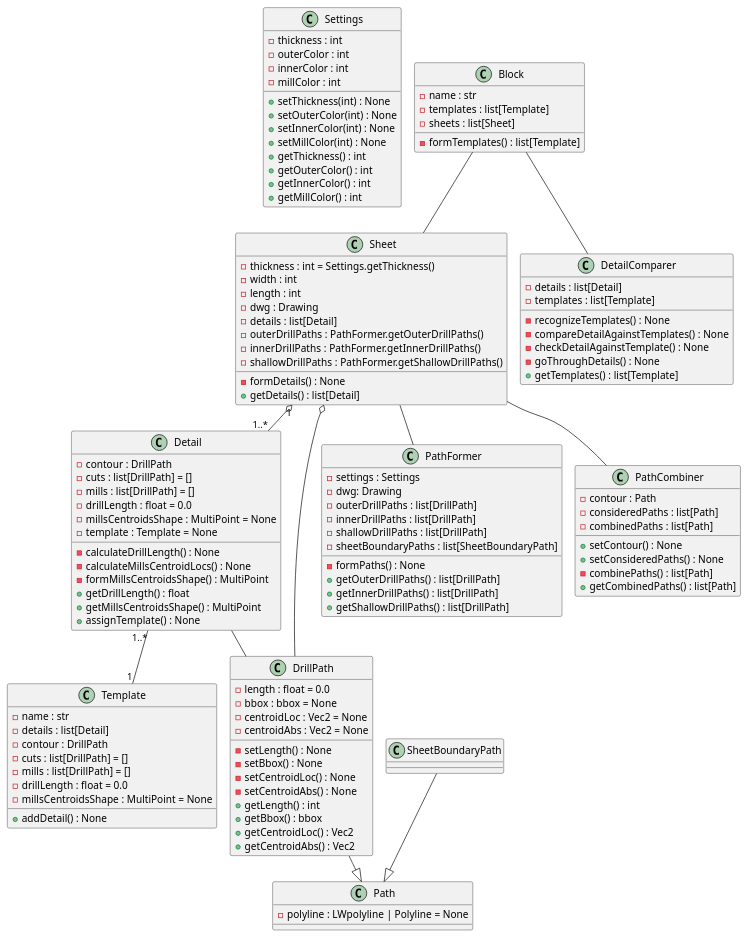
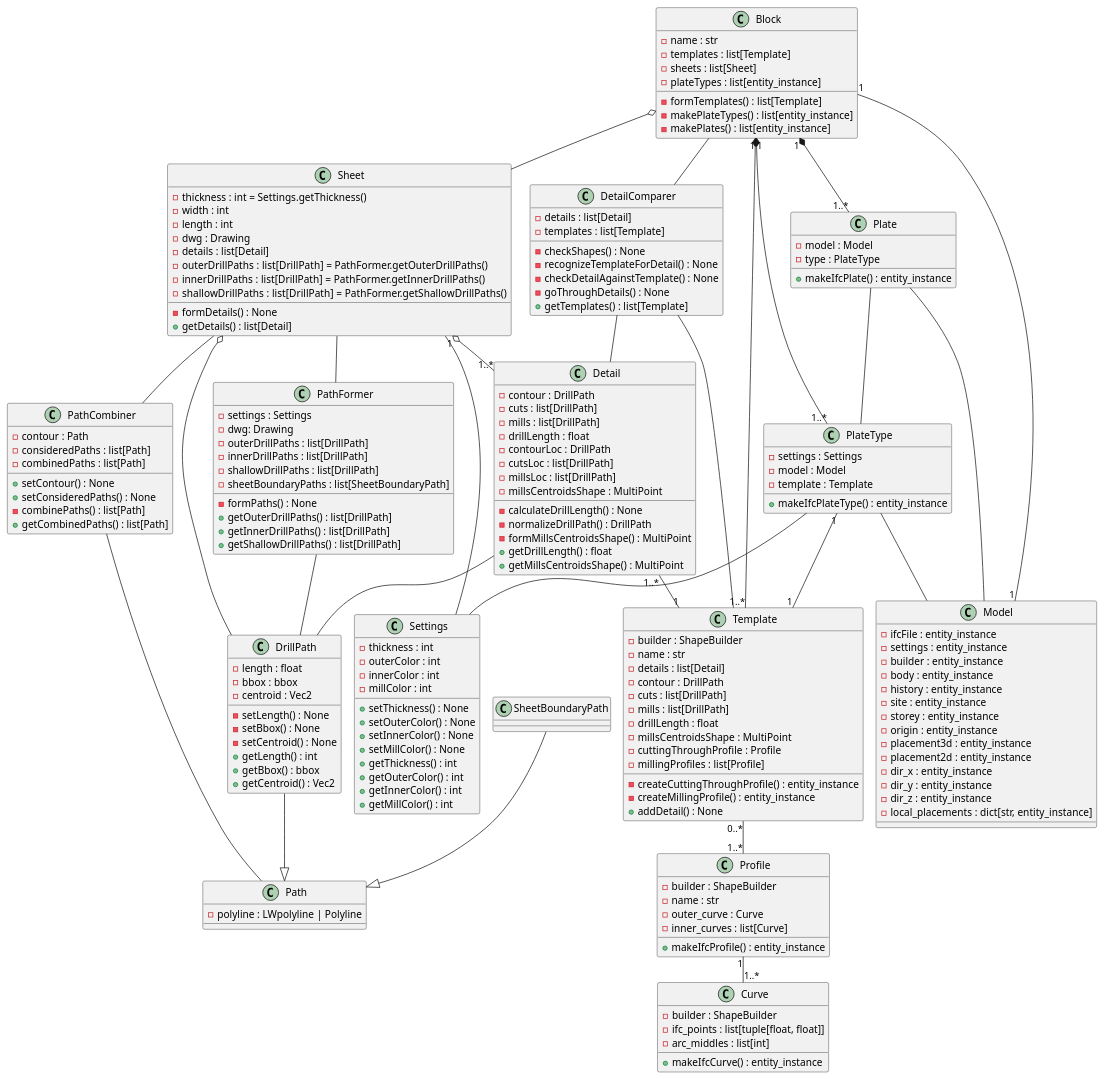
Before and after one commit to VDobranov/DXF2IFC2D: the diagram in schemes/Classes.wsd, drawn with PlantUML. The commit also changed 8 other files, not shown here.

```diff
--- a/schemes/Classes.wsd
+++ b/schemes/Classes.wsd
@@ -7,20 +7,41 @@
     -outerColor : int
     -innerColor : int
     -millColor : int
-    +setThickness(int) : None
-    +setOuterColor(int) : None
-    +setInnerColor(int) : None
-    +setMillColor(int) : None
+    +setThickness() : None
+    +setOuterColor() : None
+    +setInnerColor() : None
+    +setMillColor() : None
     +getThickness() : int
     +getOuterColor() : int
     +getInnerColor() : int
     +getMillColor() : int
 }
+
+class Model {
+    -ifcFile : entity_instance
+    -settings : entity_instance
+    -builder : entity_instance
+    -body : entity_instance
+    -history : entity_instance
+    -site : entity_instance
+    -storey : entity_instance
+    -origin : entity_instance
+    -placement3d : entity_instance
+    -placement2d : entity_instance
+    -dir_x : entity_instance
+    -dir_y : entity_instance
+    -dir_z : entity_instance
+    -local_placements : dict[str, entity_instance]
+}
+
 class Block {
     -name : str
     -templates : list[Template]
     -sheets : list[Sheet]
+    -plateTypes : list[entity_instance]
     -formTemplates() : list[Template]
+    -makePlateTypes() : list[entity_instance]
+    -makePlates() : list[entity_instance]
 }
 class Sheet {
     {field}-thickness : int = Settings.getThickness()
@@ -28,52 +49,55 @@
     -length : int
     -dwg : Drawing
     -details : list[Detail]
-    {field}-outerDrillPaths : PathFormer.getOuterDrillPaths()
-    {field}-innerDrillPaths : PathFormer.getInnerDrillPaths()
-    {field}-shallowDrillPaths : PathFormer.getShallowDrillPaths()
+    {field}-outerDrillPaths : list[DrillPath] = PathFormer.getOuterDrillPaths()
+    {field}-innerDrillPaths : list[DrillPath] = PathFormer.getInnerDrillPaths()
+    {field}-shallowDrillPaths : list[DrillPath] = PathFormer.getShallowDrillPaths()
     -formDetails() : None
     +getDetails() : list[Detail]
 }
 class Detail {
     -contour : DrillPath
-    -cuts : list[DrillPath] = []
-    -mills : list[DrillPath] = []
-    -drillLength : float = 0.0
-    -millsCentroidsShape : MultiPoint = None
-    -template : Template = None
+    -cuts : list[DrillPath]
+    -mills : list[DrillPath]
+    -drillLength : float
+    -contourLoc : DrillPath
+    -cutsLoc : list[DrillPath]
+    -millsLoc : list[DrillPath]
+    -millsCentroidsShape : MultiPoint
     -calculateDrillLength() : None
-    -calculateMillsCentroidLocs() : None
+    -normalizeDrillPath() : DrillPath
     -formMillsCentroidsShape() : MultiPoint
     +getDrillLength() : float
     +getMillsCentroidsShape() : MultiPoint
-    +assignTemplate() : None
 }
 class Template {
+    -builder : ShapeBuilder
     -name : str
     -details : list[Detail]
     -contour : DrillPath
-    -cuts : list[DrillPath] = []
-    -mills : list[DrillPath] = []
-    -drillLength : float = 0.0
-    -millsCentroidsShape : MultiPoint = None
+    -cuts : list[DrillPath]
+    -mills : list[DrillPath]
+    -drillLength : float
+    -millsCentroidsShape : MultiPoint
+    -cuttingThroughProfile : Profile
+    -millingProfiles : list[Profile]
+    -createCuttingThroughProfile() : entity_instance
+    -createMillingProfile() : entity_instance
     +addDetail() : None
 }
 class Path {
-    -polyline : LWpolyline | Polyline = None
+    -polyline : LWpolyline | Polyline
 }
 class DrillPath {
-    -length : float = 0.0
-    -bbox : bbox = None
-    -centroidLoc : Vec2 = None
-    -centroidAbs : Vec2 = None
+    -length : float
+    -bbox : bbox
+    -centroid : Vec2
     -setLength() : None
     -setBbox() : None
-    -setCentroidLoc() : None
-    -setCentroidAbs() : None
+    -setCentroid() : None
     +getLength() : int
     +getBbox() : bbox
-    +getCentroidLoc() : Vec2
-    +getCentroidAbs() : Vec2
+    +getCentroid() : Vec2
 }
 
 class SheetBoundaryPath
@@ -112,11 +136,39 @@
 class DetailComparer {
     -details : list[Detail]
     -templates : list[Template]
-    -recognizeTemplates() : None
-    -compareDetailAgainstTemplates() : None
+    -checkShapes() : None
+    -recognizeTemplateForDetail() : None
     -checkDetailAgainstTemplate() : None
     -goThroughDetails() : None
     +getTemplates() : list[Template]
+}
+
+class Profile {
+    -builder : ShapeBuilder
+    -name : str
+    -outer_curve : Curve
+    -inner_curves : list[Curve]
+    +makeIfcProfile() : entity_instance
+}
+
+class Curve {
+    -builder : ShapeBuilder
+    -ifc_points : list[tuple[float, float]]
+    -arc_middles : list[int]
+    +makeIfcCurve() : entity_instance
+}
+
+class PlateType {
+    -settings : Settings
+    -model : Model
+    -template : Template
+    +makeIfcPlateType() : entity_instance
+}
+
+class Plate {
+    -model : Model
+    -type : PlateType
+    +makeIfcPlate() : entity_instance
 }
 
 ' OuterDrillPath --|> DrillPath
@@ -133,6 +185,10 @@
 Sheet o-- DrillPath
 Sheet -- PathFormer
 Sheet -- PathCombiner
+Sheet -- Settings
+
+PathFormer -- DrillPath
+PathCombiner -- Path
 
 ' Detail::contour "1" -- "1" OuterDrillPath
 ' Detail::cuts "1" -- "0..*" InnerDrillPath
@@ -140,7 +196,25 @@
 Detail -- DrillPath
 Detail::template "1..*" -- "1" Template
 
+Template "0..*" -- "1..*" Profile
+
 Block -- DetailComparer
-Block -- Sheet
+Block o-- Sheet
+Block "1" *-- "1..*" Template
+Block "1" *-- "1..*" PlateType
+Block "1" *-- "1..*" Plate
+Block::builder "1" -- "1" Model::builder
+
+DetailComparer -- Detail
+DetailComparer -- Template
+
+Profile "1" -- "1..*" Curve
+
+PlateType -- Settings
+PlateType -- Model
+PlateType "1" -- "1" Template
+
+Plate -- Model
+Plate -- PlateType
 
 @enduml
```
